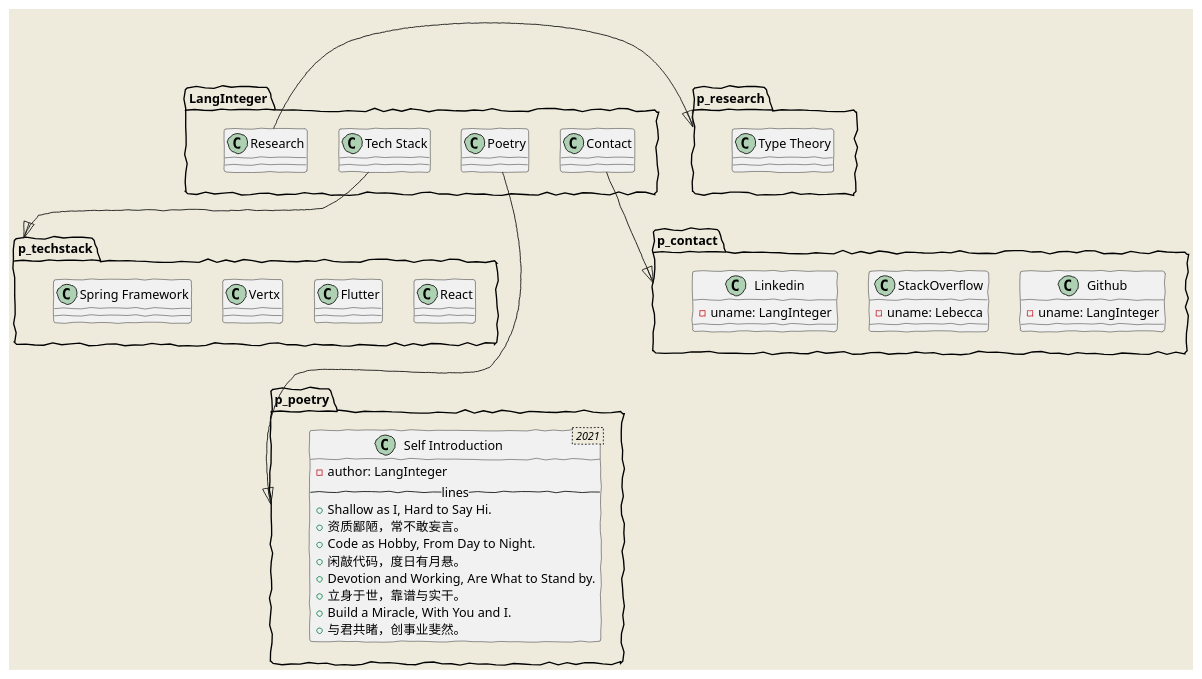
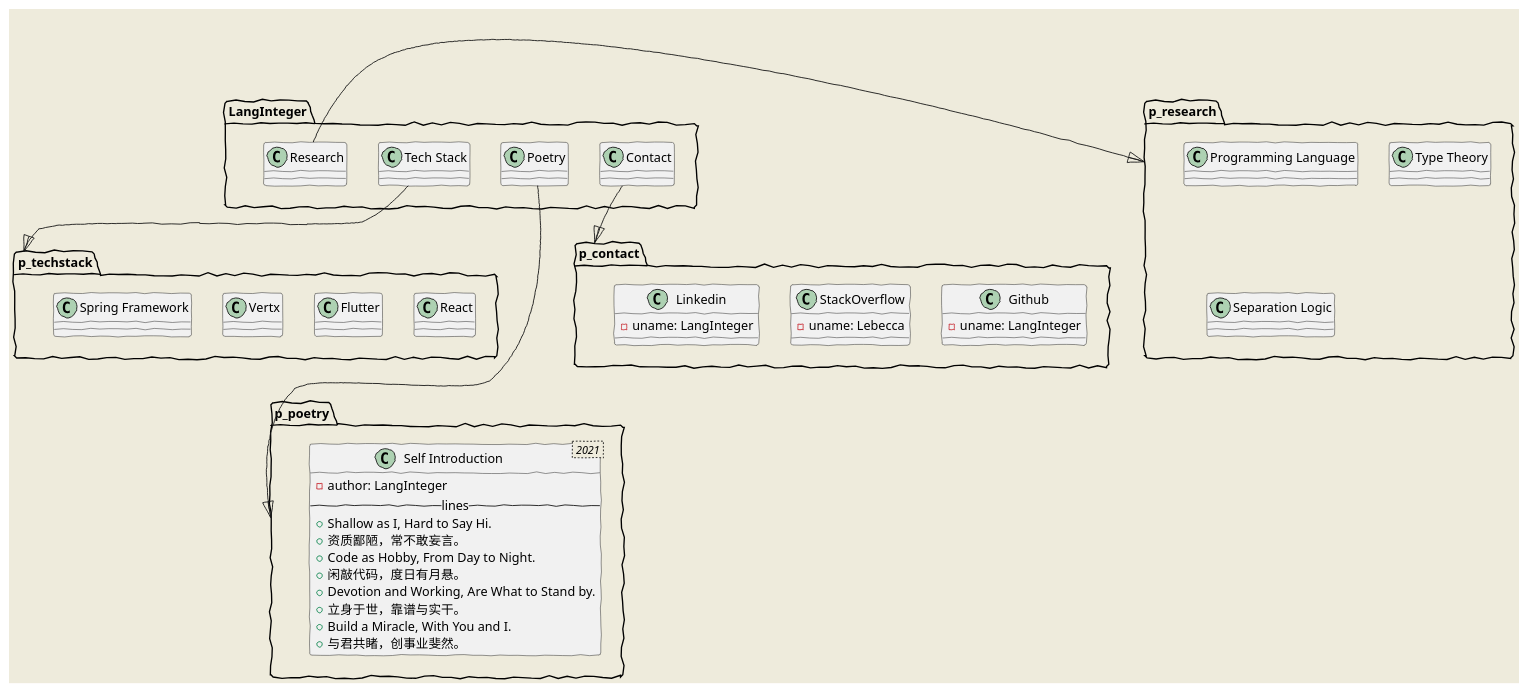
One commit to LangInteger/learning changed the diagram in draw/plantuml/20201119-lang-poetry.puml. Above: the diagram before and after it, drawn with PlantUML.

Commit message:
Add classes for Programming Language and Separation Logic

```diff
--- a/draw/plantuml/20201119-lang-poetry.puml
+++ b/draw/plantuml/20201119-lang-poetry.puml
@@ -1,99 +1,101 @@
 @startuml
 
 ' package "Yin" #LightBlue {
 '     card #LightBlue "资质鄙陋,常不敢妄言。\nShallow as I, Hard to Say Hi." as card1
 '     card #LightBlue "立身于世，靠谱与实干。\nCode as Hobby, From Day to Night." as card2
 ' }
 
 ' package "In" #DarkSalmon {
 '     card #DarkSalmon "闲敲代码,度日有月悬。\nDevotion and Working, Are What to Stand by." as card3
 '     card #DarkSalmon "与君共睹，创事业斐然。\nBuild a Miracle, With You and I." as card4
 ' }
 
 ' card1 -[hidden]-> card2
 ' card3 -[hidden]-> card4
 
 ' title 🚂写于机车启动与速度保持协会成立25周年之际\nFeeling Good at the 25th Anniversary of Locomotive Start and Speed Maintenance Association\n
 ' skinparam monochrome true
 ' skinparam defaultFontName Helvetica 
 ' skinparam defaultFontName AR PL UKai CN
 ' |😶|
 ' :资质鄙陋，常不敢妄言。
 ' Shallow as I, Hard to Say Hi.;
 ' |🌒|
 ' :闲敲代码,度日有月悬。
 ' Code as Hobby, From Day to Night.;
 ' |🔨|
 ' :立身于世，靠谱与实干。
 ' Devotion and Working, Are What to Stand by.;
 ' |✨|
 ' :与君共睹，创事业斐然。
 ' Build a Miracle, With You and I.;
 
 skinparam backgroundColor #EEEBDC
 skinparam handwritten true
 
 package "LangInteger" as p_langinteger {
 
   class "Tech Stack" as c_ts
   class "Poetry" as c_poetry
   class "Contact" as c_contact
   class "Research" as c_research
 }
 
 c_ts --|> p_techstack
 c_poetry --|> p_poetry
 c_contact --|> p_contact 
 c_research --|> p_research
 
 p_techstack -[hidden]down-> p_poetry
 p_research -[hidden]down-> p_contact
 
 p_research -[hidden]down-> p_langinteger
 
 package "Tech Stack" as p_techstack {
   class "Spring Framework" as c_sf
   class "Vertx" as c_v
   class "Flutter" as c_f
   class "React" as c_r
 }
 
 c_sf -[hidden]right-> c_v
 c_v -[hidden]right-> c_f
 c_f -[hidden]right-> c_r
 
 package "Poetry" as p_poetry {
   class "Self Introduction" < 2021 > {
     - author: LangInteger
     -- lines --
     + Shallow as I, Hard to Say Hi.
     + 资质鄙陋，常不敢妄言。
     + Code as Hobby, From Day to Night.
     + 闲敲代码，度日有月悬。
     + Devotion and Working, Are What to Stand by.
     + 立身于世，靠谱与实干。
     + Build a Miracle, With You and I.
     + 与君共睹，创事业斐然。
   }
 }
 
 package "Contact" as p_contact {
   class StackOverflow {
     - uname: Lebecca
   }
   class Github {
     - uname: LangInteger
   }
   class Linkedin {
     - uname: LangInteger
   }
 }
 
 Linkedin -[hidden]right-> StackOverflow
 StackOverflow -[hidden]right-> Github
 
 package "Research" as p_research {
+  class "Programming Language" as c_programming_language
   class "Type Theory" as c_type_theory
+  class "Separation Logic" as c_separation_logic
 }
 
 @enduml
```
